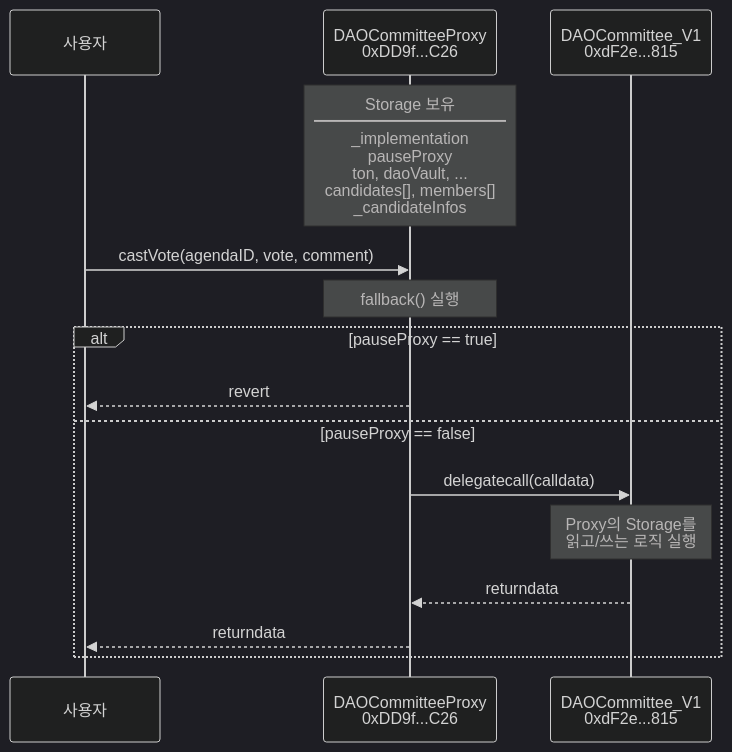
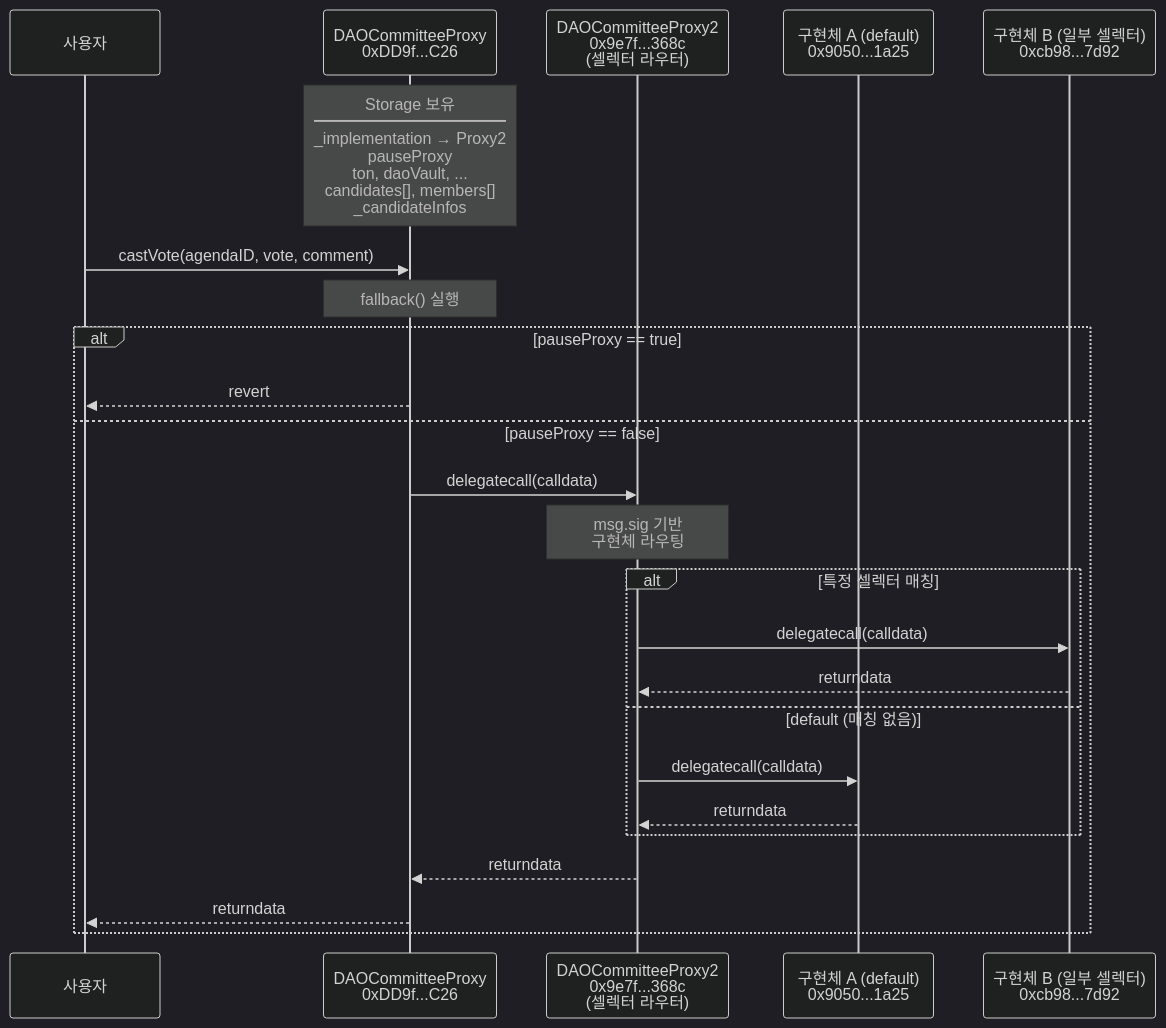
One commit to tokamak-network/tokamak-dao-v2 changed the second of 11 diagrams in docs/v1-architecture.md. Above: the diagram before and after it, drawn with Mermaid (dark theme). The commit also changed other lines of this file, not shown here.

First line of the commit message:
docs: update V1 architecture with on-chain verified state

````diff
--- a/docs/v1-architecture.md
+++ b/docs/v1-architecture.md
@@ -58,19 +66,28 @@
 ```mermaid
 sequenceDiagram
     participant User as 사용자
     participant Proxy as DAOCommitteeProxy<br/>0xDD9f...C26
-    participant Impl as DAOCommittee_V1<br/>0xdF2e...815
+    participant Router as DAOCommitteeProxy2<br/>0x9e7f...368c<br/>(셀렉터 라우터)
+    participant ImplA as 구현체 A (default)<br/>0x9050...1a25
+    participant ImplB as 구현체 B (일부 셀렉터)<br/>0xcb98...7d92
 
-    Note over Proxy: Storage 보유<br/>━━━━━━━━━━━━<br/>_implementation<br/>pauseProxy<br/>ton, daoVault, ...<br/>candidates[], members[]<br/>_candidateInfos
+    Note over Proxy: Storage 보유<br/>━━━━━━━━━━━━<br/>_implementation → Proxy2<br/>pauseProxy<br/>ton, daoVault, ...<br/>candidates[], members[]<br/>_candidateInfos
 
     User->>Proxy: castVote(agendaID, vote, comment)
     Note over Proxy: fallback() 실행
     alt pauseProxy == true
         Proxy-->>User: revert
     else pauseProxy == false
-        Proxy->>Impl: delegatecall(calldata)
-        Note over Impl: Proxy의 Storage를<br/>읽고/쓰는 로직 실행
-        Impl-->>Proxy: returndata
+        Proxy->>Router: delegatecall(calldata)
+        Note over Router: msg.sig 기반<br/>구현체 라우팅
+        alt 특정 셀렉터 매칭
+            Router->>ImplB: delegatecall(calldata)
+            ImplB-->>Router: returndata
+        else default (매칭 없음)
+            Router->>ImplA: delegatecall(calldata)
+            ImplA-->>Router: returndata
+        end
+        Router-->>Proxy: returndata
         Proxy-->>User: returndata
     end
 ```
````
